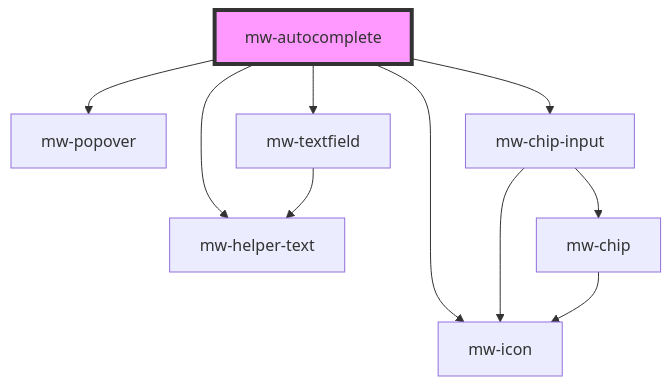
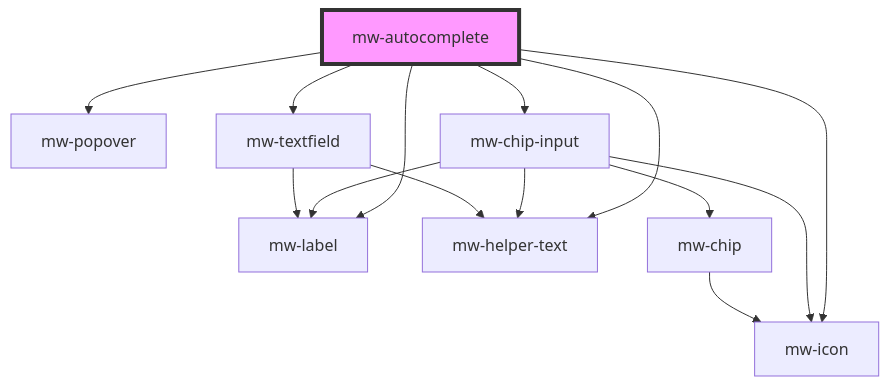
Before and after one commit to MaibornWolff/mwui: the diagram in mwui-stencil/src/components/mw-autocomplete/readme.md, drawn with Mermaid. The commit also changed other lines of this file and 24 other files, not shown here.

````diff
--- a/mwui-stencil/src/components/mw-autocomplete/readme.md
+++ b/mwui-stencil/src/components/mw-autocomplete/readme.md
@@ -44,13 +45,17 @@
 ```mermaid
 graph TD;
+  mw-autocomplete --> mw-label
   mw-autocomplete --> mw-popover
   mw-autocomplete --> mw-chip-input
   mw-autocomplete --> mw-icon
   mw-autocomplete --> mw-textfield
   mw-autocomplete --> mw-helper-text
+  mw-chip-input --> mw-label
   mw-chip-input --> mw-chip
   mw-chip-input --> mw-icon
+  mw-chip-input --> mw-helper-text
   mw-chip --> mw-icon
+  mw-textfield --> mw-label
   mw-textfield --> mw-helper-text
   style mw-autocomplete fill:#f9f,stroke:#333,stroke-width:4px
 ```
````
